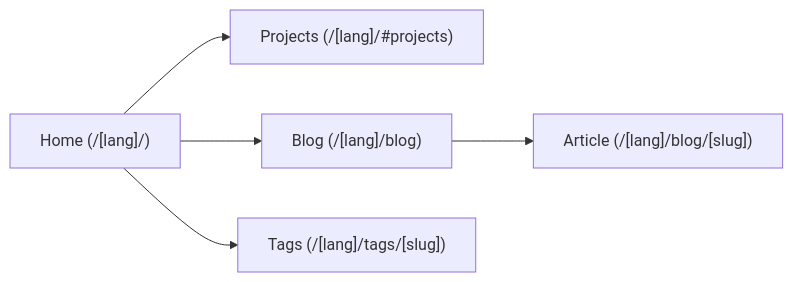
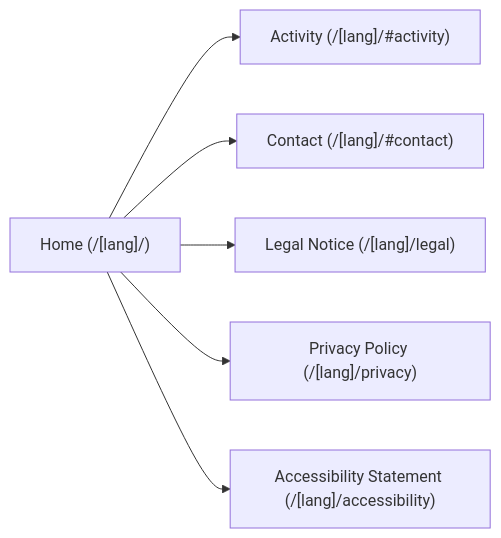
Before and after one commit to Infuseting/Portfolio: the diagram in aidd_docs/memory/navigation.md, drawn with Mermaid. The commit also changed other lines of this file and 9 other files, not shown here.

First line of the commit message:
feat(compliance): add bilingual legal notices, privacy policy, and accessibility statement

````diff
--- a/aidd_docs/memory/navigation.md
+++ b/aidd_docs/memory/navigation.md
@@ -16,8 +16,9 @@
 ```mermaid
 flowchart LR
     Index["Home (/[lang]/)"]
-    Index --> Projects["Projects (/[lang]/#projects)"]
-    Index --> Blog["Blog (/[lang]/blog)"]
-    Index --> Tags["Tags (/[lang]/tags/[slug])"]
-    Blog --> Article["Article (/[lang]/blog/[slug])"]
+    Index --> Activity["Activity (/[lang]/#activity)"]
+    Index --> Contact["Contact (/[lang]/#contact)"]
+    Index --> Legal["Legal Notice (/[lang]/legal)"]
+    Index --> Privacy["Privacy Policy (/[lang]/privacy)"]
+    Index --> Accessibility["Accessibility Statement (/[lang]/accessibility)"]
 ```
````
